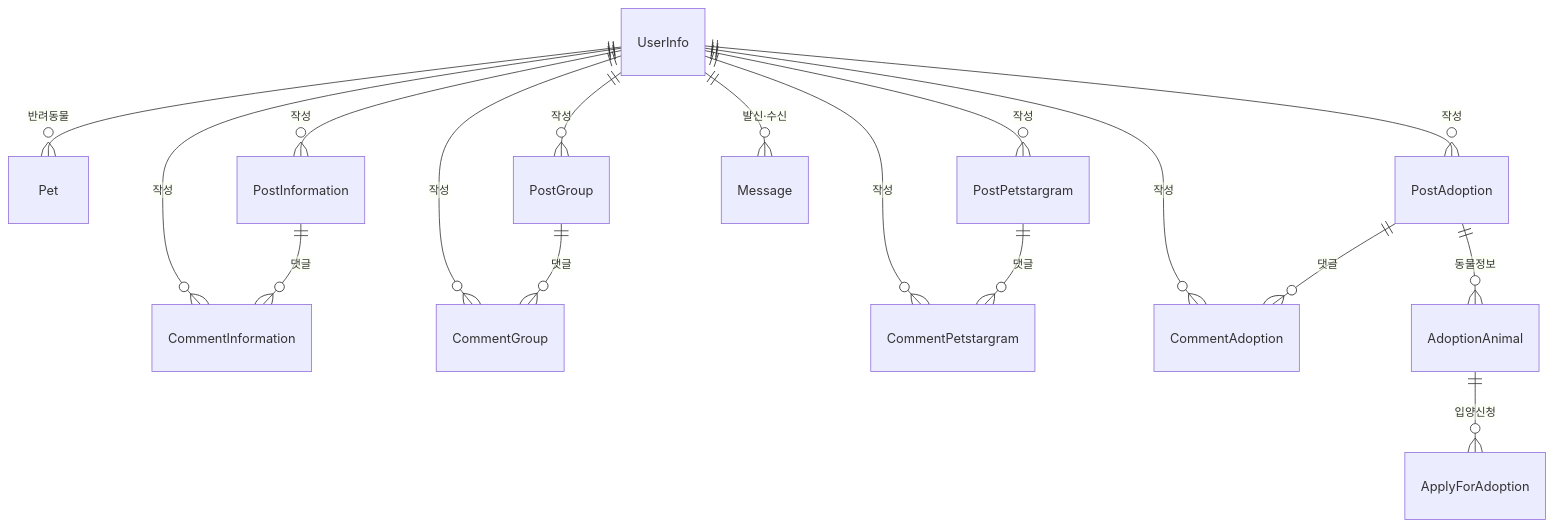
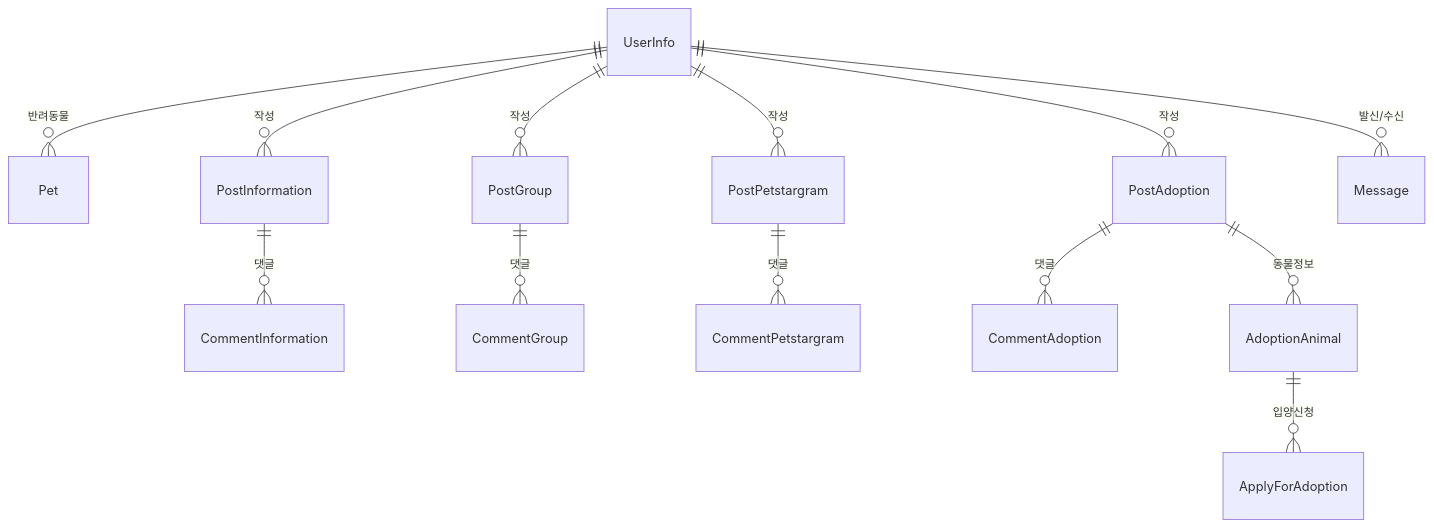
The diagram in README.md (sondahyun/petmunity), drawn with Mermaid before and after one commit. The commit also changed other lines of this file and 9 other files, not shown here.

````diff
--- a/README.md
+++ b/README.md
@@ -200,19 +155,15 @@
 ```mermaid
 erDiagram
     UserInfo ||--o{ Pet : "반려동물"
     UserInfo ||--o{ PostInformation : "작성"
     UserInfo ||--o{ PostGroup : "작성"
     UserInfo ||--o{ PostPetstargram : "작성"
     UserInfo ||--o{ PostAdoption : "작성"
-    UserInfo ||--o{ Message : "발신·수신"
+    UserInfo ||--o{ Message : "발신/수신"
     PostInformation ||--o{ CommentInformation : "댓글"
     PostGroup ||--o{ CommentGroup : "댓글"
     PostPetstargram ||--o{ CommentPetstargram : "댓글"
     PostAdoption ||--o{ CommentAdoption : "댓글"
     PostAdoption ||--o{ AdoptionAnimal : "동물정보"
     AdoptionAnimal ||--o{ ApplyForAdoption : "입양신청"
-    UserInfo ||--o{ CommentInformation : "작성"
-    UserInfo ||--o{ CommentGroup : "작성"
-    UserInfo ||--o{ CommentPetstargram : "작성"
-    UserInfo ||--o{ CommentAdoption : "작성"
 ```
````
